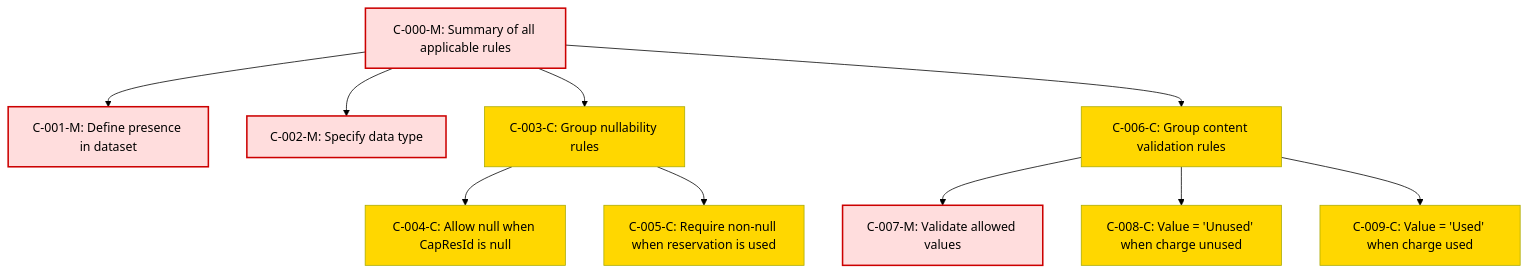
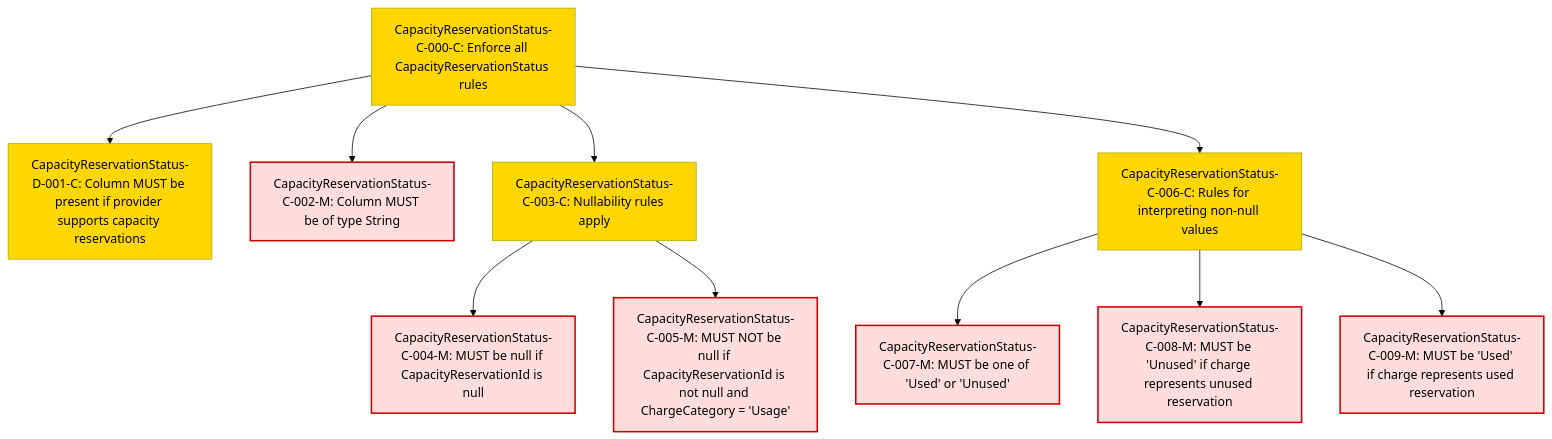
One commit to FinOps-Open-Cost-and-Usage-Spec/FOCUS_Spec changed the diagram in specification/conformance/cr-stage1/capacityreservationstatus-cr.md. Above: the diagram before and after it, drawn with Mermaid (forest theme). The commit also changed other lines of this file, not shown here.

Commit message:
capacity reservation status

````diff
--- a/specification/conformance/cr-stage1/capacityreservationstatus-cr.md
+++ b/specification/conformance/cr-stage1/capacityreservationstatus-cr.md
@@ -24,37 +24,39 @@
 ```mermaid
+
 graph TD
 
 %% Root Composite
-CRS000["C-000-M: Summary of all applicable rules"]
-CRS001["C-001-M: Define presence in dataset"]
-CRS002["C-002-M: Specify data type"]
-CRS003["C-003-C: Group nullability rules"]
-CRS004["C-004-C: Allow null when CapResId is null"]
-CRS005["C-005-C: Require non-null when reservation is used"]
-CRS006["C-006-C: Group content validation rules"]
-CRS007["C-007-M: Validate allowed values"]
-CRS008["C-008-C: Value = 'Unused' when charge unused"]
-CRS009["C-009-C: Value = 'Used' when charge used"]
+CRS000["CapacityReservationStatus-C-000-C: Enforce all CapacityReservationStatus rules"]
+CRS001["CapacityReservationStatus-D-001-C: Column MUST be present if provider supports capacity reservations"]
+CRS002["CapacityReservationStatus-C-002-M: Column MUST be of type String"]
+CRS003["CapacityReservationStatus-C-003-C: Nullability rules apply"]
+CRS004["CapacityReservationStatus-C-004-M: MUST be null if CapacityReservationId is null"]
+CRS005["CapacityReservationStatus-C-005-M: MUST NOT be null if CapacityReservationId is not null and ChargeCategory = 'Usage'"]
+CRS006["CapacityReservationStatus-C-006-C: Rules for interpreting non-null values"]
+CRS007["CapacityReservationStatus-C-007-M: MUST be one of 'Used' or 'Unused'"]
+CRS008["CapacityReservationStatus-C-008-M: MUST be 'Unused' if charge represents unused reservation"]
+CRS009["CapacityReservationStatus-C-009-M: MUST be 'Used' if charge represents used reservation"]
 
 %% Root connections
 CRS000 --> CRS001
 CRS000 --> CRS002
 CRS000 --> CRS003
 CRS000 --> CRS006
 
-%% Composite connections
+%% Composite: Nullability rules
 CRS003 --> CRS004
 CRS003 --> CRS005
 
+%% Composite: Non-null interpretation rules
 CRS006 --> CRS007
 CRS006 --> CRS008
 CRS006 --> CRS009
 
 %% Styling by Rule Type
 classDef mandatory fill:#fdd,stroke:#c00,stroke-width:2px;
 classDef conditional fill:#ffd700,stroke:#aa0,stroke-width:1px;
 classDef optional fill:#c0f5c0,stroke:#2c8c2c,stroke-width:1px;
 
-class CRS000,CRS001,CRS002,CRS007 mandatory;
-class CRS003,CRS004,CRS005,CRS006,CRS008,CRS009 conditional;
+class CRS000,CRS001,CRS003,CRS006 conditional;
+class CRS002,CRS004,CRS005,CRS007,CRS008,CRS009 mandatory;
   ```
````
